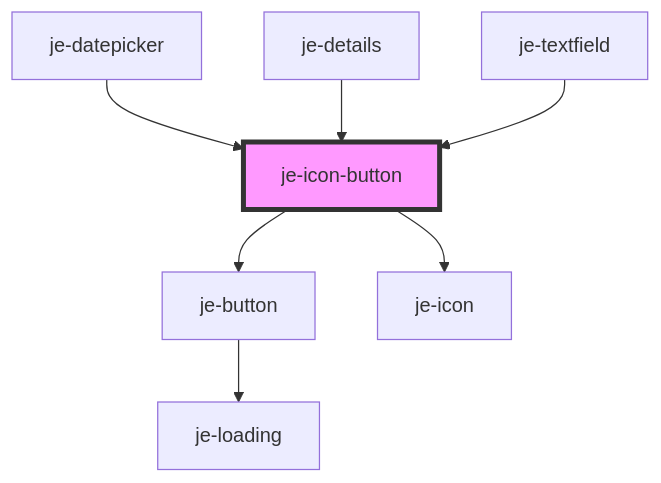
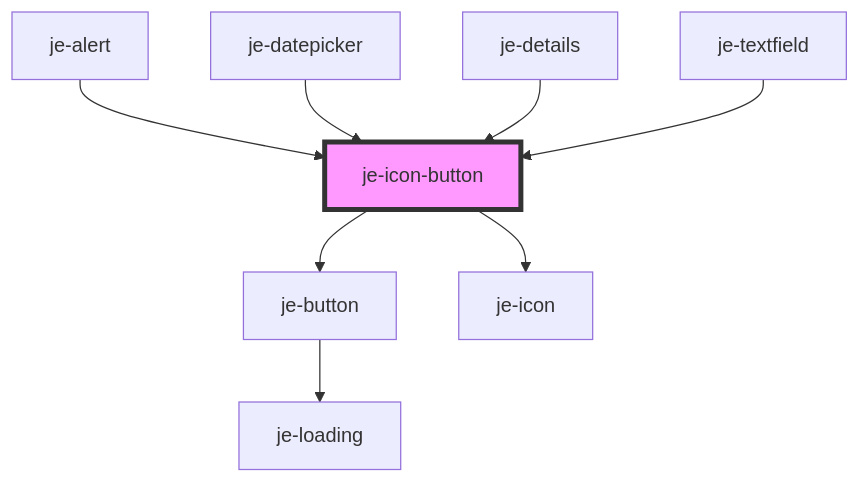
The diagram in packages/docs/docs/components/je-icon-button/readme.md (pgreen00/jebamo), drawn with Mermaid before and after one commit. The commit also changed other lines of this file and 23 other files, not shown here.

````diff
--- a/packages/docs/docs/components/je-icon-button/readme.md
+++ b/packages/docs/docs/components/je-icon-button/readme.md
@@ -42,10 +43,11 @@
 ```mermaid
 graph TD;
   je-icon-button --> je-button
   je-icon-button --> je-icon
   je-button --> je-loading
+  je-alert --> je-icon-button
   je-datepicker --> je-icon-button
   je-details --> je-icon-button
   je-textfield --> je-icon-button
   style je-icon-button fill:#f9f,stroke:#333,stroke-width:4px
 ```
````
